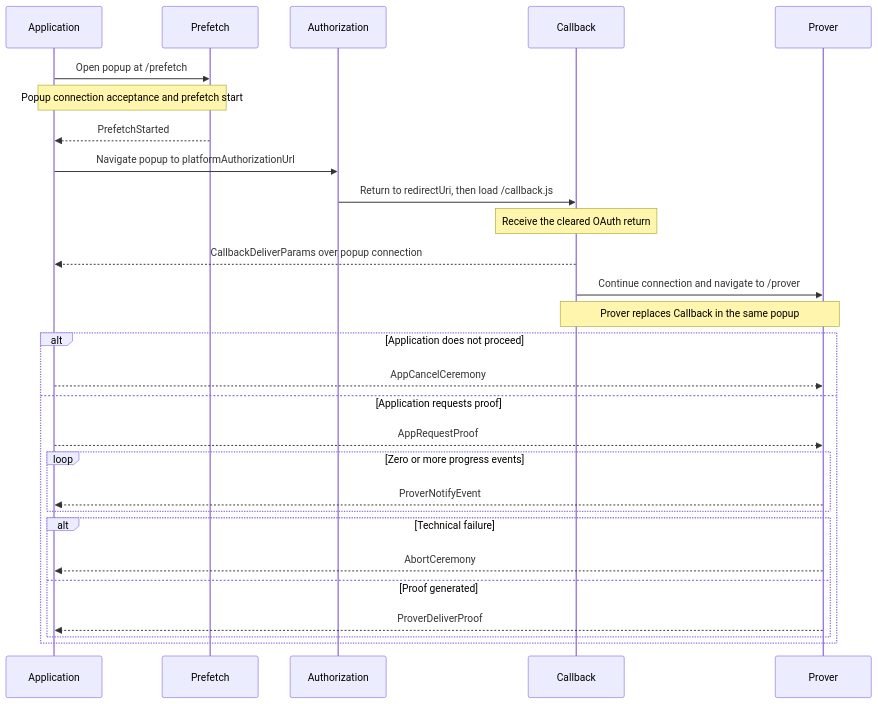
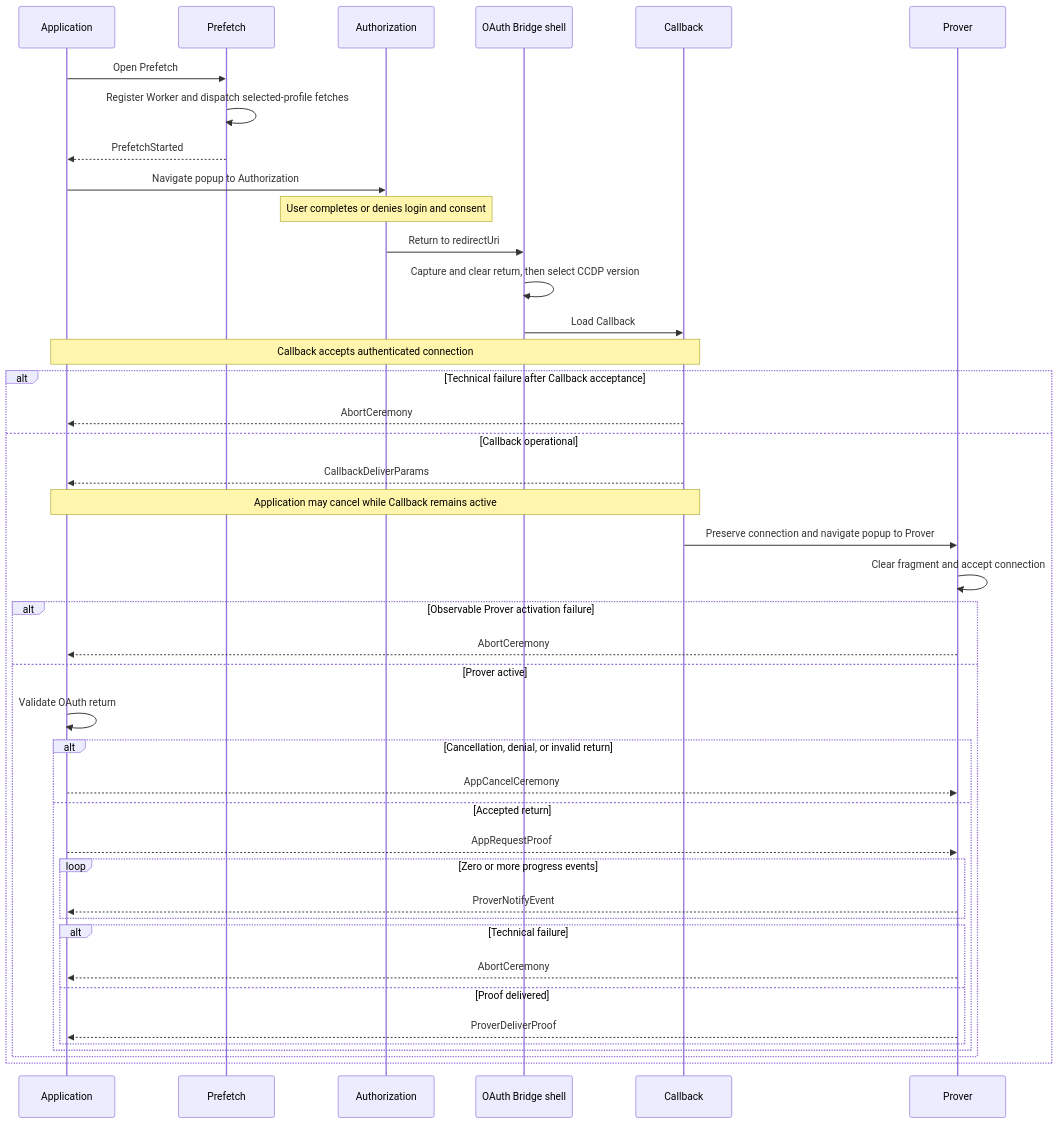
One commit to libid-org/libid changed the diagram in ts/packages/ceremony/CCDP.md. Above: the diagram before and after it, drawn with Mermaid. The commit also changed other lines of this file, not shown here.

Commit message:
docs(ccdp): correct end-to-end sequence

````diff
--- a/ts/packages/ceremony/CCDP.md
+++ b/ts/packages/ceremony/CCDP.md
@@ -427,31 +427,45 @@
 ```mermaid
 sequenceDiagram
     participant A as Application
     participant F as Prefetch
     participant O as Authorization
+    participant B as OAuth Bridge shell
     participant C as Callback
     participant P as Prover
 
-    A->>F: Open popup at /prefetch
-    Note over A,F: Popup connection acceptance and prefetch start
+    A->>F: Open Prefetch
+    F->>F: Register Worker and dispatch selected-profile fetches
     F-->>A: PrefetchStarted
-    A->>O: Navigate popup to platformAuthorizationUrl
-    O->>C: Return to redirectUri, then load /callback.js
-    Note over C: Receive the cleared OAuth return
-    C-->>A: CallbackDeliverParams over popup connection
-    C->>P: Continue connection and navigate to /prover
-    Note over C,P: Prover replaces Callback in the same popup
-    alt Application does not proceed
-        A-->>P: AppCancelCeremony
-    else Application requests proof
-        A-->>P: AppRequestProof
-        loop Zero or more progress events
-            P-->>A: ProverNotifyEvent
-        end
-        alt Technical failure
+    A->>O: Navigate popup to Authorization
+    Note over O: User completes or denies login and consent
+    O->>B: Return to redirectUri
+    B->>B: Capture and clear return, then select CCDP version
+    B->>C: Load Callback
+    Note over A,C: Callback accepts authenticated connection
+    alt Technical failure after Callback acceptance
+        C-->>A: AbortCeremony
+    else Callback operational
+        C-->>A: CallbackDeliverParams
+        Note over A,C: Application may cancel while Callback remains active
+        C->>P: Preserve connection and navigate popup to Prover
+        P->>P: Clear fragment and accept connection
+        alt Observable Prover activation failure
             P-->>A: AbortCeremony
-        else Proof generated
-            P-->>A: ProverDeliverProof
+        else Prover active
+            A->>A: Validate OAuth return
+            alt Cancellation, denial, or invalid return
+                A-->>P: AppCancelCeremony
+            else Accepted return
+                A-->>P: AppRequestProof
+                loop Zero or more progress events
+                    P-->>A: ProverNotifyEvent
+                end
+                alt Technical failure
+                    P-->>A: AbortCeremony
+                else Proof delivered
+                    P-->>A: ProverDeliverProof
+                end
+            end
         end
     end
 ```
````
